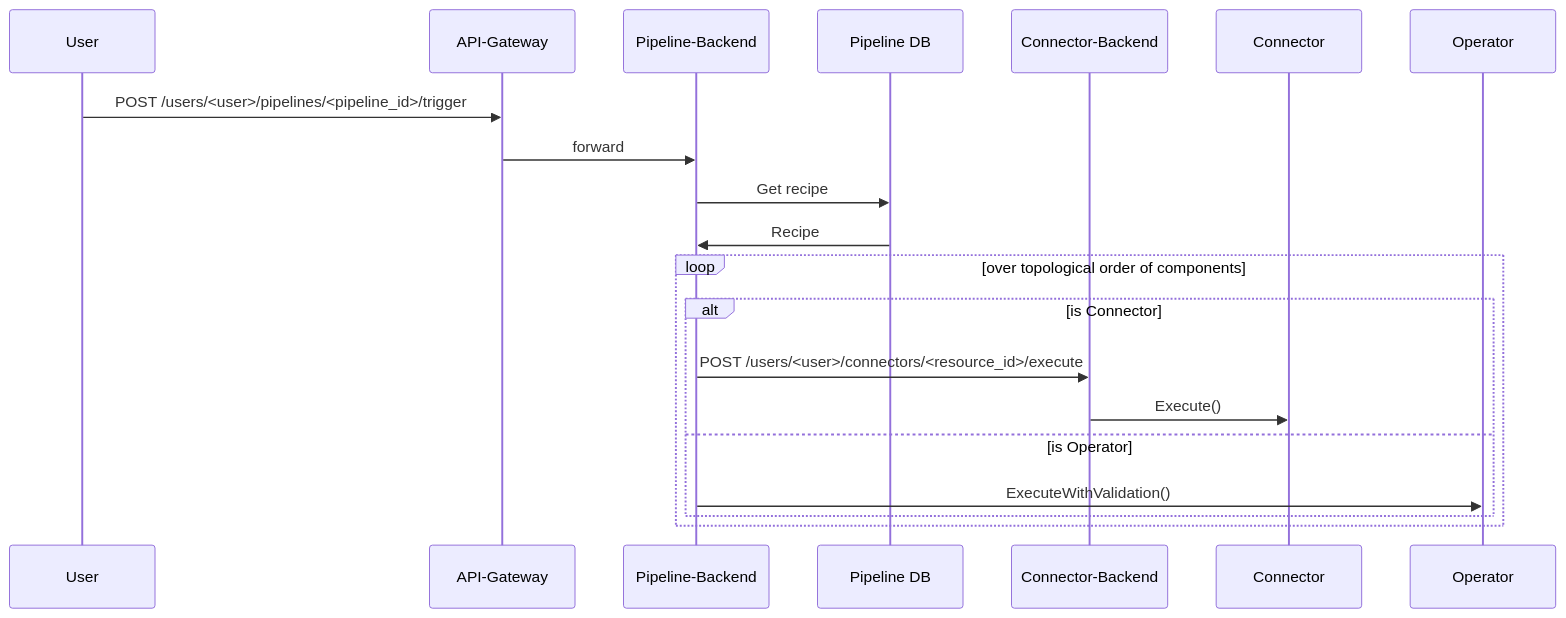
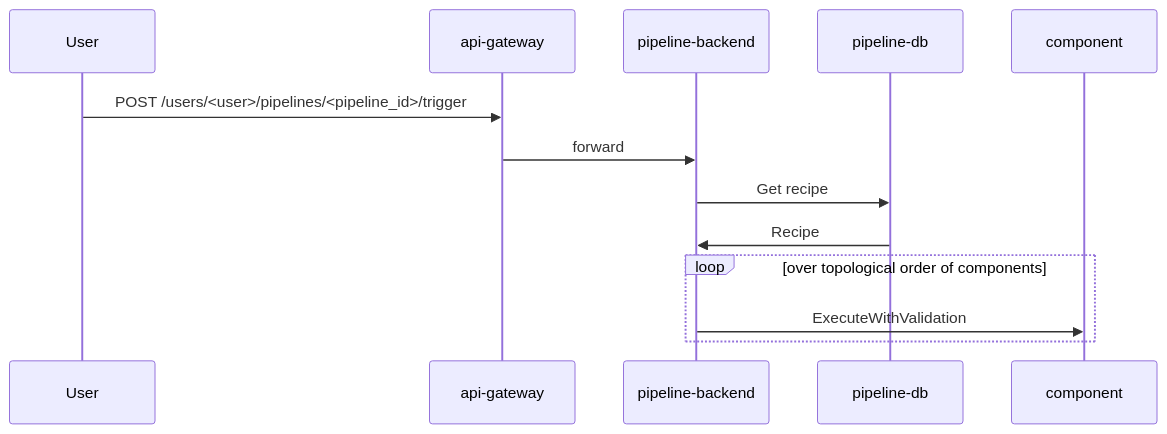
The third of 3 diagrams in .github/CONTRIBUTING.md (instill-ai/component), drawn with Mermaid before and after one commit. The commit also changed other lines of this file, not shown here.

````diff
--- a/.github/CONTRIBUTING.md
+++ b/.github/CONTRIBUTING.md
@@ -99,16 +128,17 @@
 ```mermaid
 sequenceDiagram
-    User ->> API-Gateway: POST /users/<user>/pipelines/<pipeline_id>/trigger
-    API-Gateway ->> Pipeline-Backend: forward
-    Pipeline-Backend ->> Pipeline DB: Get recipe
-    Pipeline DB ->> Pipeline-Backend: Recipe
-    loop over topological order of components
-        alt is Connector
-            Pipeline-Backend->>Connector-Backend: POST /users/<user>/connectors/<resource_id>/execute
-            Connector-Backend ->> Connector: Execute()
-        else is Operator
-            Pipeline-Backend->>Operator: ExecuteWithValidation()
-        end
-    end
 
+participant u as User
+participant gw as api-gateway
+participant p as pipeline-backend
+participant db as pipeline-db
+participant c as component
+
+u ->> gw: POST /users/<user>/pipelines/<pipeline_id>/trigger
+gw ->> p: forward
+p ->> db: Get recipe
+db ->> p: Recipe
+loop over topological order of components
+    p->>c: ExecuteWithValidation
+end
 ```
````
